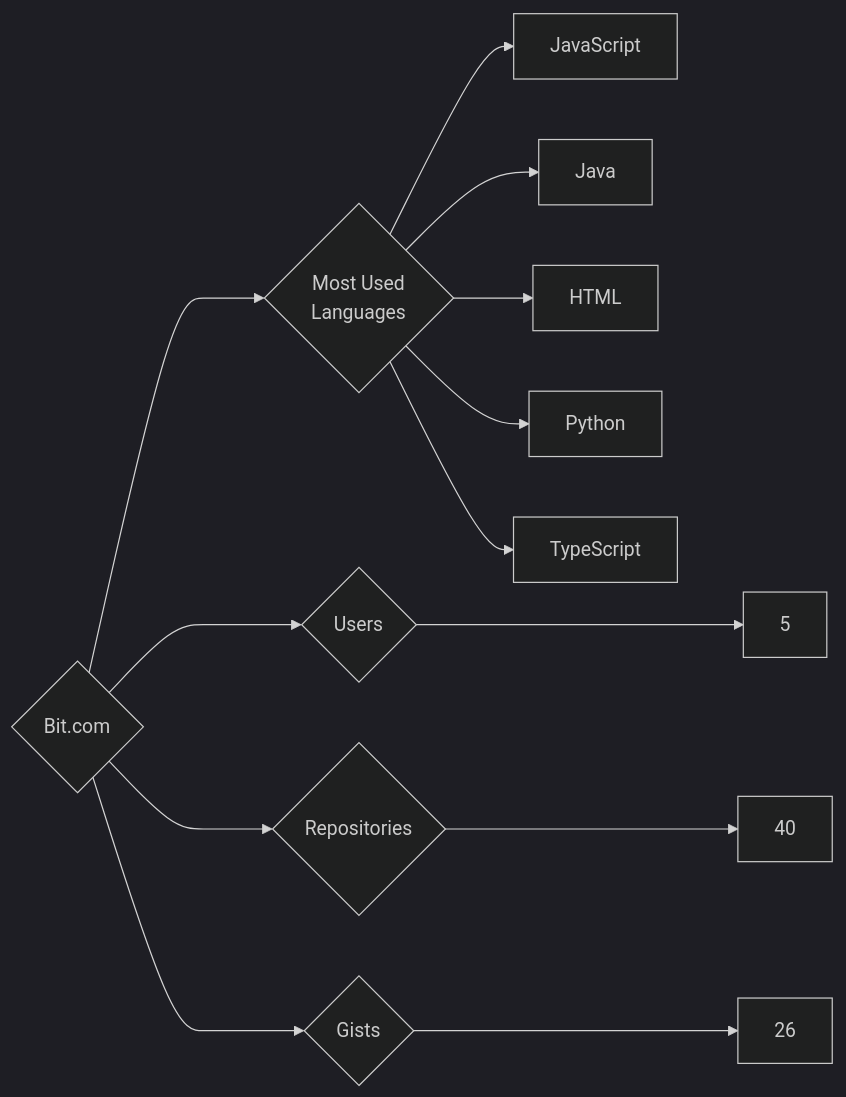
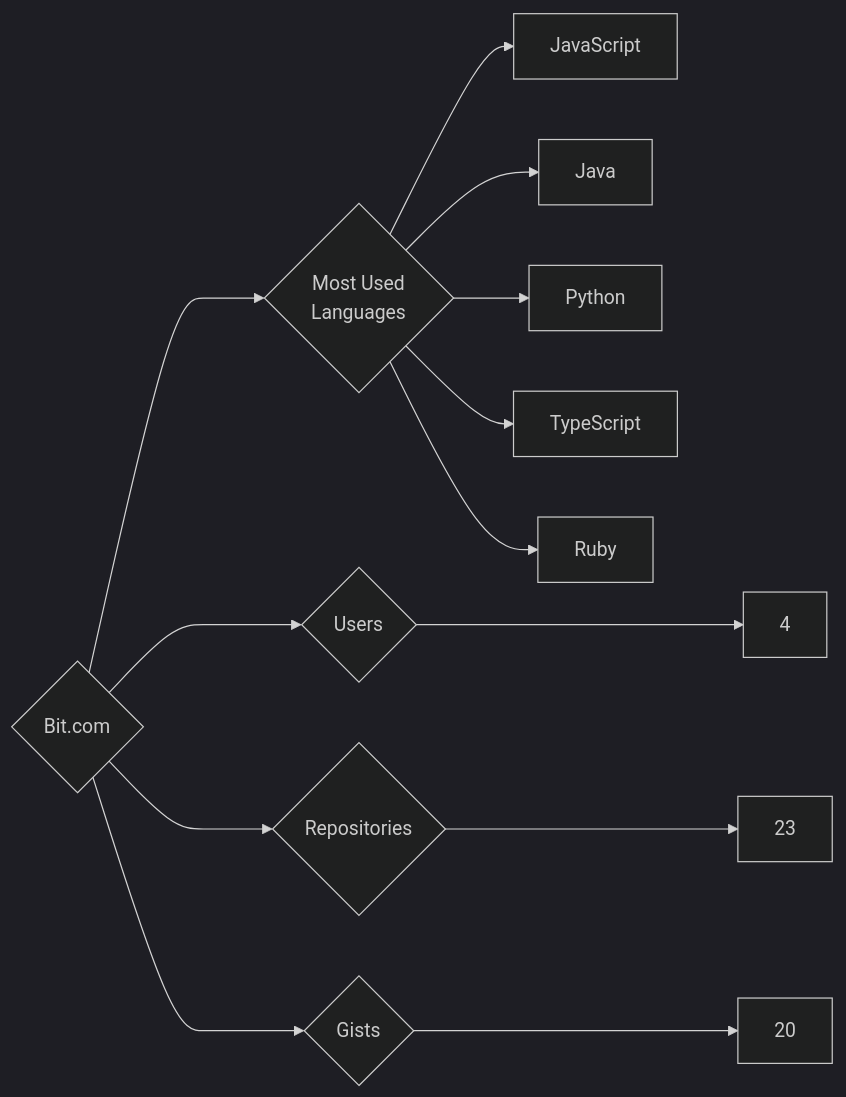
Before and after one commit to trickest/insiders: the diagram in targets/Bit.com/README.md, drawn with Mermaid (dark theme). The commit also changed 857 other files, not shown here.

````diff
--- a/targets/Bit.com/README.md
+++ b/targets/Bit.com/README.md
@@ -3,13 +3,13 @@
 ```mermaid
 graph LR
 COMPANY_NAME{Bit.com}
-COMPANY_NAME ---> U{Users} ---> UN[5]
-COMPANY_NAME ---> R{Repositories} ---> RN[40]
-COMPANY_NAME ---> G{Gists} ---> GN[26]
+COMPANY_NAME ---> U{Users} ---> UN[4]
+COMPANY_NAME ---> R{Repositories} ---> RN[23]
+COMPANY_NAME ---> G{Gists} ---> GN[20]
 COMPANY_NAME ---> ML{Most Used<br>Languages}
 ML --> JavaScript[JavaScript]
 ML --> Java[Java]
-ML --> HTML[HTML]
 ML --> Python[Python]
 ML --> TypeScript[TypeScript]
+ML --> Ruby[Ruby]
 ```
````
